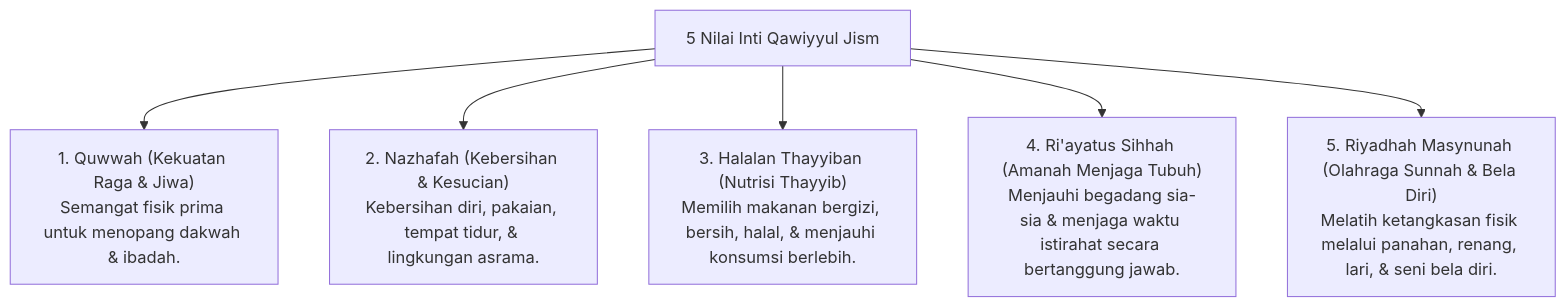
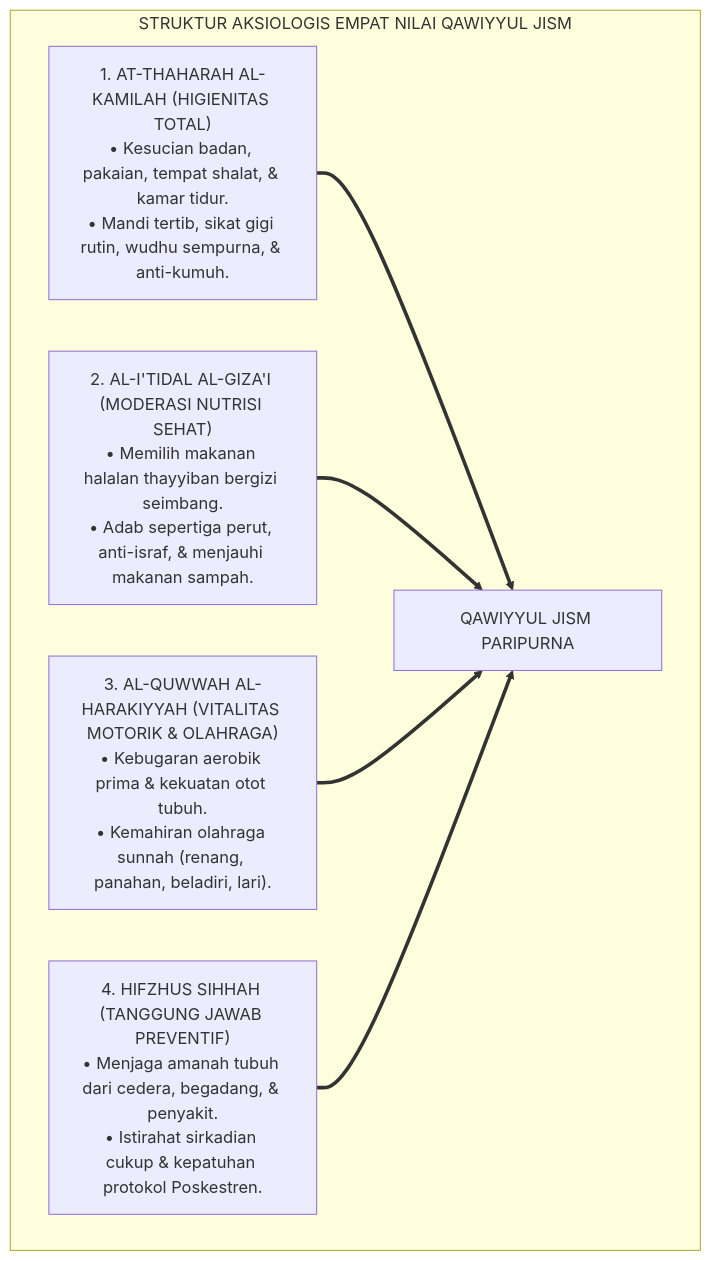
Before and after one commit to wandiapriliyandi/tumbuh: the sixth of 7 diagrams in 03 Capacity Framework/07 Qawiyyul Jism/P3-07-04-Nilai-Inti-dan-Prinsip-Kesehatan.md, drawn with Mermaid. The commit also changed other lines of this file and 14 other files, not shown here.

Commit message:
docs(03-capacity): complete 15 research monographs for 07 Qawiyyul Jism

````diff
--- a/03 Capacity Framework/07 Qawiyyul Jism/P3-07-04-Nilai-Inti-dan-Prinsip-Kesehatan.md
+++ b/03 Capacity Framework/07 Qawiyyul Jism/P3-07-04-Nilai-Inti-dan-Prinsip-Kesehatan.md
@@ -10,10 +186,14 @@
 ```mermaid
-graph TD
-    Values["5 Nilai Inti Qawiyyul Jism"]
-    
-    Values --> V1["1. Quwwah (Kekuatan Raga & Jiwa)<br/>Semangat fisik prima untuk menopang dakwah & ibadah."]
-    Values --> V2["2. Nazhafah (Kebersihan & Kesucian)<br/>Kebersihan diri, pakaian, tempat tidur, & lingkungan asrama."]
-    Values --> V3["3. Halalan Thayyiban (Nutrisi Thayyib)<br/>Memilih makanan bergizi, bersih, halal, & menjauhi konsumsi berlebih."]
-    Values --> V4["4. Ri'ayatus Sihhah (Amanah Menjaga Tubuh)<br/>Menjauhi begadang sia-sia & menjaga waktu istirahat secara bertanggung jawab."]
-    Values --> V5["5. Riyadhah Masynunah (Olahraga Sunnah & Bela Diri)<br/>Melatih ketangkasan fisik melalui panahan, renang, lari, & seni bela diri."]
+flowchart TD
+    subgraph FormulasiEmpatNilaiKesehatan["STRUKTUR AKSIOLOGIS EMPAT NILAI QAWIYYUL JISM"]
+        Thaharah["1. AT-THAHARAH AL-KAMILAH (HIGIENITAS TOTAL)<br/>• Kesucian badan, pakaian, tempat shalat, & kamar tidur.<br/>• Mandi tertib, sikat gigi rutin, wudhu sempurna, & anti-kumuh."]
+        
+        Itidal["2. AL-I'TIDAL AL-GIZA'I (MODERASI NUTRISI SEHAT)<br/>• Memilih makanan halalan thayyiban bergizi seimbang.<br/>• Adab sepertiga perut, anti-israf, & menjauhi makanan sampah."]
+        
+        Quwwah["3. AL-QUWWAH AL-HARAKIYYAH (VITALITAS MOTORIK & OLAHRAGA)<br/>• Kebugaran aerobik prima & kekuatan otot tubuh.<br/>• Kemahiran olahraga sunnah (renang, panahan, beladiri, lari)."]
+        
+        Hifzh["4. HIFZHUS SIHHAH (TANGGUNG JAWAB PREVENTIF)<br/>• Menjaga amanah tubuh dari cedera, begadang, & penyakit.<br/>• Istirahat sirkadian cukup & kepatuhan protokol Poskestren."]
+        
+        Thaharah & Itidal & Quwwah & Hifzh ==> Mahkota["QAWIYYUL JISM PARIPURNA"]
+    end
 ```
````
